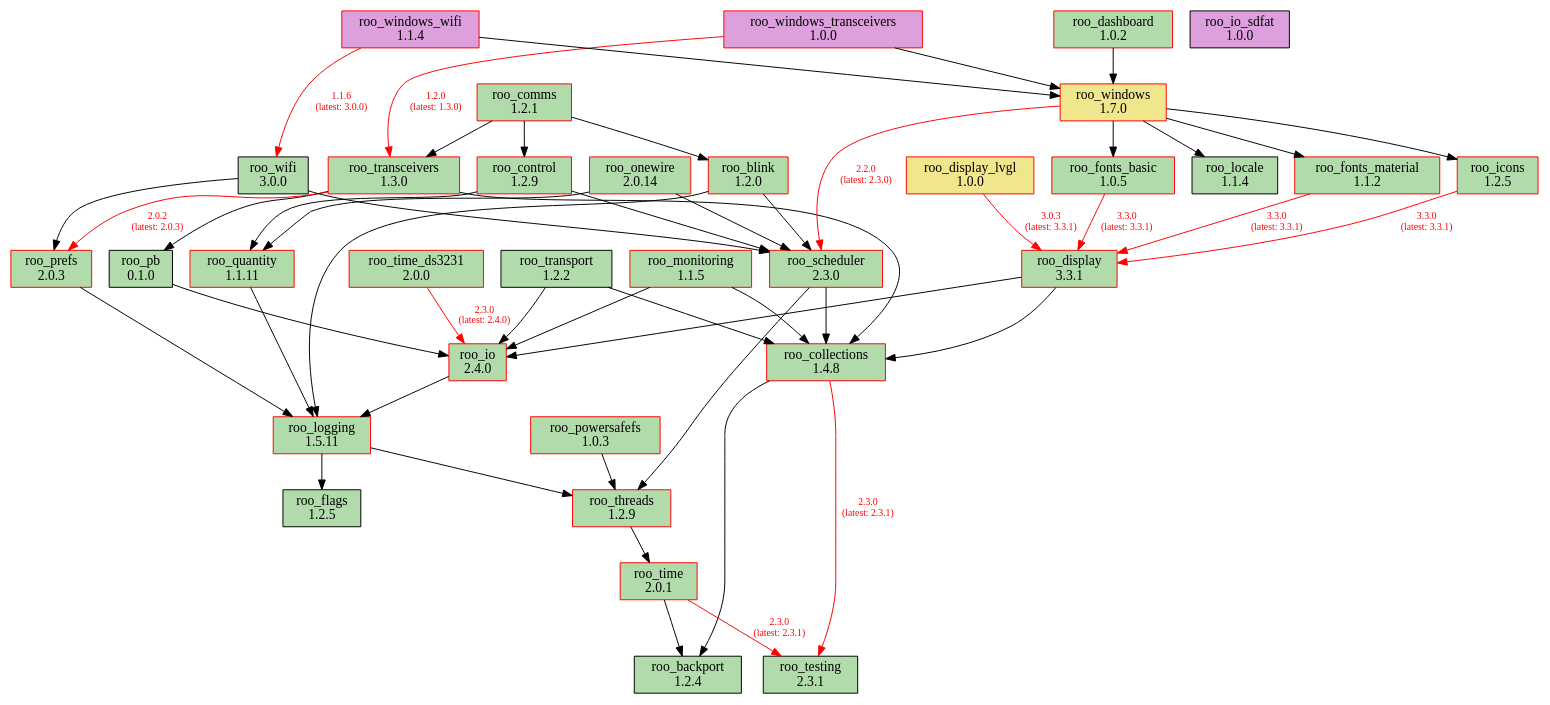
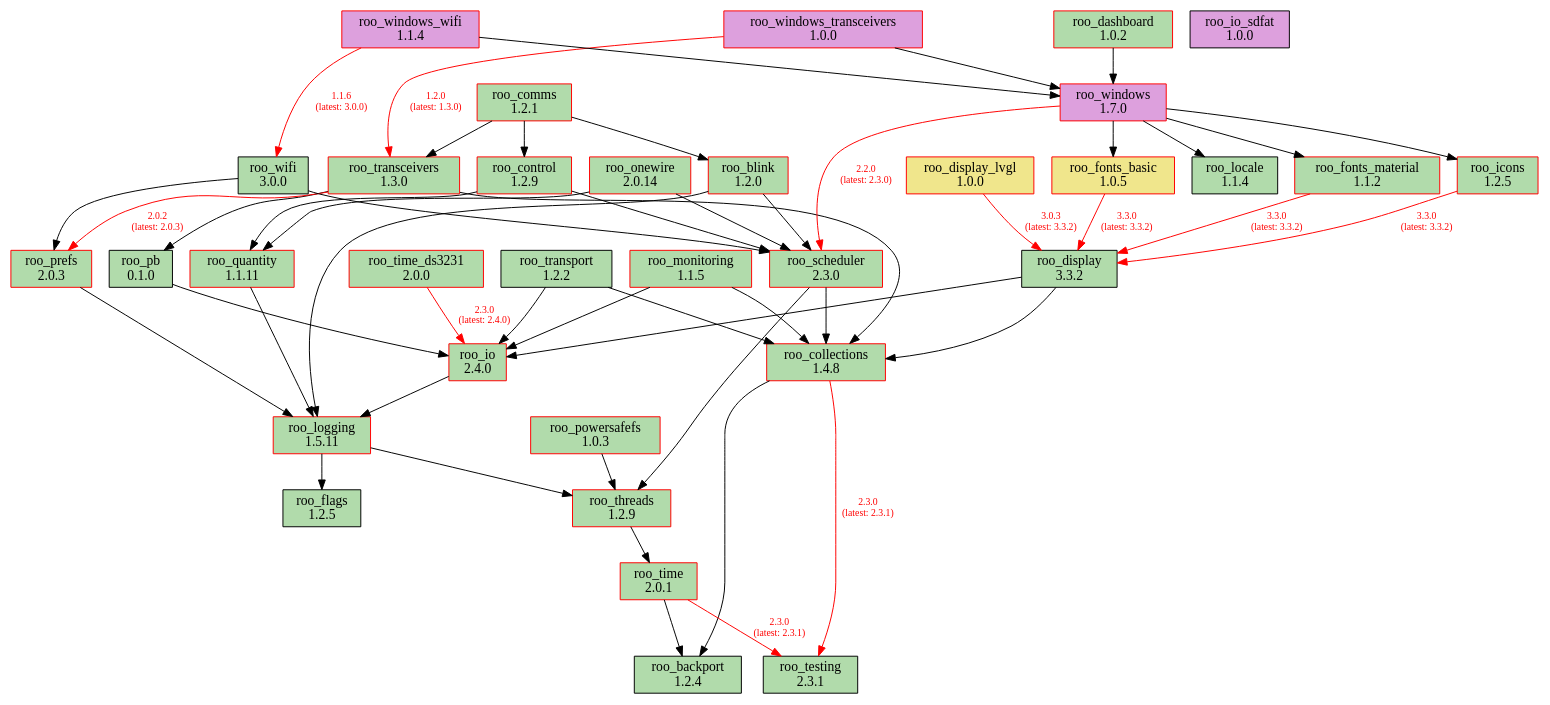
The diagram in doc/dependencies.dot (dejwk/roo-registry), drawn with Graphviz before and after one commit. The commit also changed 3 other files, not shown here.

Commit message:
Added roo_display 3.3.2 to the registry.

```diff
--- a/doc/dependencies.dot
+++ b/doc/dependencies.dot
@@ -1,91 +1,91 @@
 digraph dependencies {
     rankdir=TB;
     node [shape=box, style=filled];
     edge [fontsize=10];
 
     // Modules
     "roo_backport" [label="roo_backport\n1.2.4", fillcolor="#b1dbab", color="black"];
     "roo_blink" [label="roo_blink\n1.2.0", fillcolor="#b1dbab", color="red"];
     "roo_collections" [label="roo_collections\n1.4.8", fillcolor="#b1dbab", color="red"];
     "roo_comms" [label="roo_comms\n1.2.1", fillcolor="#b1dbab", color="red"];
     "roo_control" [label="roo_control\n1.2.9", fillcolor="#b1dbab", color="red"];
     "roo_dashboard" [label="roo_dashboard\n1.0.2", fillcolor="#b1dbab", color="red"];
-    "roo_display" [label="roo_display\n3.3.1", fillcolor="#b1dbab", color="red"];
+    "roo_display" [label="roo_display\n3.3.2", fillcolor="#b1dbab", color="black"];
     "roo_display_lvgl" [label="roo_display_lvgl\n1.0.0", fillcolor="khaki", color="red"];
     "roo_flags" [label="roo_flags\n1.2.5", fillcolor="#b1dbab", color="black"];
-    "roo_fonts_basic" [label="roo_fonts_basic\n1.0.5", fillcolor="#b1dbab", color="red"];
+    "roo_fonts_basic" [label="roo_fonts_basic\n1.0.5", fillcolor="khaki", color="red"];
     "roo_fonts_material" [label="roo_fonts_material\n1.1.2", fillcolor="#b1dbab", color="red"];
     "roo_icons" [label="roo_icons\n1.2.5", fillcolor="#b1dbab", color="red"];
     "roo_io" [label="roo_io\n2.4.0", fillcolor="#b1dbab", color="red"];
     "roo_io_sdfat" [label="roo_io_sdfat\n1.0.0", fillcolor="plum", color="black"];
     "roo_locale" [label="roo_locale\n1.1.4", fillcolor="#b1dbab", color="black"];
     "roo_logging" [label="roo_logging\n1.5.11", fillcolor="#b1dbab", color="red"];
     "roo_monitoring" [label="roo_monitoring\n1.1.5", fillcolor="#b1dbab", color="red"];
     "roo_onewire" [label="roo_onewire\n2.0.14", fillcolor="#b1dbab", color="red"];
     "roo_pb" [label="roo_pb\n0.1.0", fillcolor="#b1dbab", color="black"];
     "roo_powersafefs" [label="roo_powersafefs\n1.0.3", fillcolor="#b1dbab", color="red"];
     "roo_prefs" [label="roo_prefs\n2.0.3", fillcolor="#b1dbab", color="red"];
     "roo_quantity" [label="roo_quantity\n1.1.11", fillcolor="#b1dbab", color="red"];
     "roo_scheduler" [label="roo_scheduler\n2.3.0", fillcolor="#b1dbab", color="red"];
     "roo_testing" [label="roo_testing\n2.3.1", fillcolor="#b1dbab", color="black"];
     "roo_threads" [label="roo_threads\n1.2.9", fillcolor="#b1dbab", color="red"];
     "roo_time" [label="roo_time\n2.0.1", fillcolor="#b1dbab", color="red"];
     "roo_time_ds3231" [label="roo_time_ds3231\n2.0.0", fillcolor="#b1dbab", color="red"];
     "roo_transceivers" [label="roo_transceivers\n1.3.0", fillcolor="#b1dbab", color="red"];
     "roo_transport" [label="roo_transport\n1.2.2", fillcolor="#b1dbab", color="black"];
     "roo_wifi" [label="roo_wifi\n3.0.0", fillcolor="#b1dbab", color="black"];
-    "roo_windows" [label="roo_windows\n1.7.0", fillcolor="khaki", color="red"];
+    "roo_windows" [label="roo_windows\n1.7.0", fillcolor="plum", color="red"];
     "roo_windows_transceivers" [label="roo_windows_transceivers\n1.0.0", fillcolor="plum", color="red"];
     "roo_windows_wifi" [label="roo_windows_wifi\n1.1.4", fillcolor="plum", color="red"];
 
     // Dependencies
     "roo_blink" -> "roo_logging";
     "roo_blink" -> "roo_scheduler";
     "roo_collections" -> "roo_testing" [color=red, fontcolor=red, label="2.3.0\n(latest: 2.3.1)"];
     "roo_collections" -> "roo_backport";
     "roo_comms" -> "roo_blink";
     "roo_comms" -> "roo_control";
     "roo_comms" -> "roo_transceivers";
     "roo_control" -> "roo_quantity";
     "roo_control" -> "roo_scheduler";
     "roo_dashboard" -> "roo_windows";
     "roo_display" -> "roo_collections";
     "roo_display" -> "roo_io";
-    "roo_display_lvgl" -> "roo_display" [color=red, fontcolor=red, label="3.0.3\n(latest: 3.3.1)"];
-    "roo_fonts_basic" -> "roo_display" [color=red, fontcolor=red, label="3.3.0\n(latest: 3.3.1)"];
-    "roo_fonts_material" -> "roo_display" [color=red, fontcolor=red, label="3.3.0\n(latest: 3.3.1)"];
-    "roo_icons" -> "roo_display" [color=red, fontcolor=red, label="3.3.0\n(latest: 3.3.1)"];
+    "roo_display_lvgl" -> "roo_display" [color=red, fontcolor=red, label="3.0.3\n(latest: 3.3.2)"];
+    "roo_fonts_basic" -> "roo_display" [color=red, fontcolor=red, label="3.3.0\n(latest: 3.3.2)"];
+    "roo_fonts_material" -> "roo_display" [color=red, fontcolor=red, label="3.3.0\n(latest: 3.3.2)"];
+    "roo_icons" -> "roo_display" [color=red, fontcolor=red, label="3.3.0\n(latest: 3.3.2)"];
     "roo_io" -> "roo_logging";
     "roo_logging" -> "roo_flags";
     "roo_logging" -> "roo_threads";
     "roo_monitoring" -> "roo_collections";
     "roo_monitoring" -> "roo_io";
     "roo_onewire" -> "roo_scheduler";
     "roo_onewire" -> "roo_quantity";
     "roo_pb" -> "roo_io";
     "roo_powersafefs" -> "roo_threads";
     "roo_prefs" -> "roo_logging";
     "roo_quantity" -> "roo_logging";
     "roo_scheduler" -> "roo_collections";
     "roo_scheduler" -> "roo_threads";
     "roo_threads" -> "roo_time";
     "roo_time" -> "roo_testing" [color=red, fontcolor=red, label="2.3.0\n(latest: 2.3.1)"];
     "roo_time" -> "roo_backport";
     "roo_time_ds3231" -> "roo_io" [color=red, fontcolor=red, label="2.3.0\n(latest: 2.4.0)"];
     "roo_transceivers" -> "roo_pb";
     "roo_transceivers" -> "roo_collections";
     "roo_transceivers" -> "roo_prefs" [color=red, fontcolor=red, label="2.0.2\n(latest: 2.0.3)"];
     "roo_transport" -> "roo_collections";
     "roo_transport" -> "roo_io";
     "roo_wifi" -> "roo_prefs";
     "roo_wifi" -> "roo_scheduler";
     "roo_windows" -> "roo_fonts_basic";
     "roo_windows" -> "roo_fonts_material";
     "roo_windows" -> "roo_locale";
     "roo_windows" -> "roo_icons";
     "roo_windows" -> "roo_scheduler" [color=red, fontcolor=red, label="2.2.0\n(latest: 2.3.0)"];
     "roo_windows_transceivers" -> "roo_transceivers" [color=red, fontcolor=red, label="1.2.0\n(latest: 1.3.0)"];
     "roo_windows_transceivers" -> "roo_windows";
     "roo_windows_wifi" -> "roo_wifi" [color=red, fontcolor=red, label="1.1.6\n(latest: 3.0.0)"];
     "roo_windows_wifi" -> "roo_windows";
 }
```
